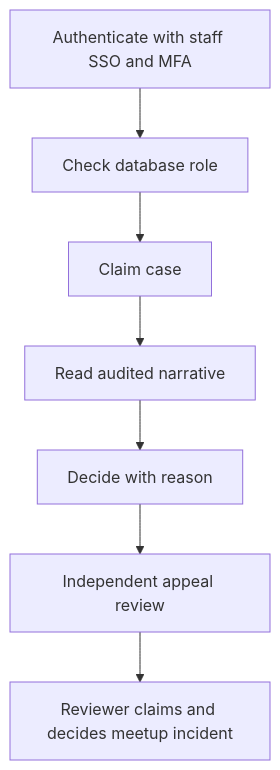
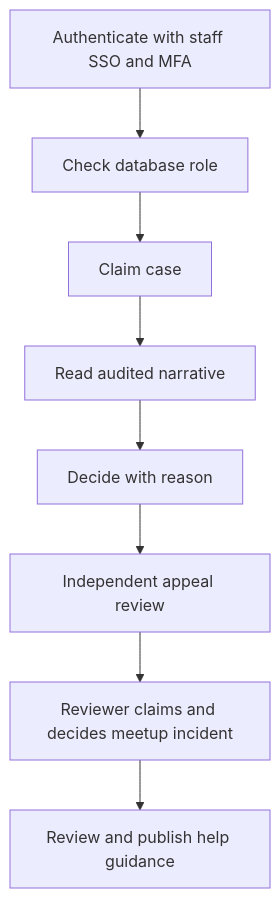
The diagram in docs/handovers/M12.md (thams-geth/dogdating-api), drawn with Mermaid before and after one commit. The commit also changed other lines of this file and 16 other files, not shown here.

Commit message:
feat(help): publish reviewed versioned support articles

````diff
--- a/docs/handovers/M12.md
+++ b/docs/handovers/M12.md
@@ -15,16 +15,18 @@
 ```mermaid
 flowchart TD
   S0["Authenticate with staff SSO and MFA"]
   S1["Check database role"]
   S2["Claim case"]
   S3["Read audited narrative"]
   S4["Decide with reason"]
   S5["Independent appeal review"]
   S6["Reviewer claims and decides meetup incident"]
+  S7["Review and publish help guidance"]
   S0 --> S1
   S1 --> S2
   S2 --> S3
   S3 --> S4
   S4 --> S5
   S5 --> S6
+  S6 --> S7
 ```
````
